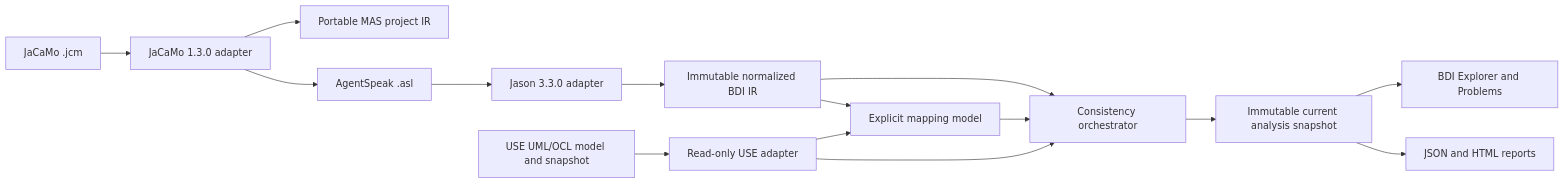
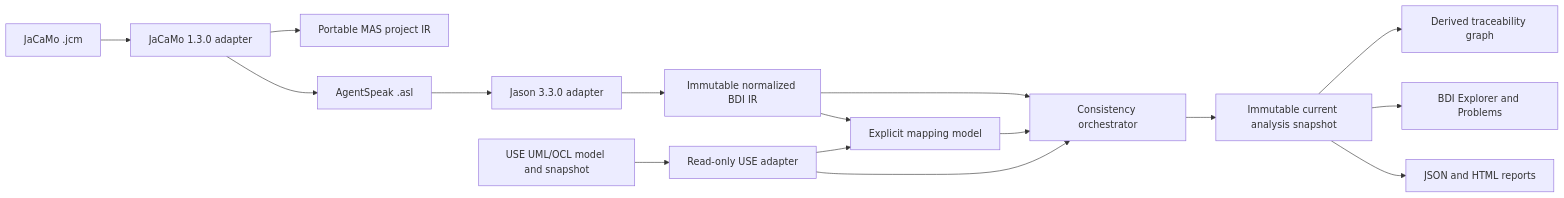
The diagram in docs/project/04_SYSTEM_ARCHITECTURE.md (nguyentrungnghia1802/USE_BDI_Plugin), drawn with Mermaid before and after one commit. The commit also changed other lines of this file and 14 other files, not shown here.

Commit message:
feat(traceability): derive portable issue evidence graph

````diff
--- a/docs/project/04_SYSTEM_ARCHITECTURE.md
+++ b/docs/project/04_SYSTEM_ARCHITECTURE.md
@@ -8,17 +8,18 @@
 ```mermaid
 flowchart LR
   JCM[JaCaMo .jcm] --> JP[JaCaMo 1.3.0 adapter]
   JP --> MAS[Portable MAS project IR]
   JP --> ASL
   ASL[AgentSpeak .asl] --> JA[Jason 3.3.0 adapter]
   JA --> IR[Immutable normalized BDI IR]
   USE[USE UML/OCL model and snapshot] --> UA[Read-only USE adapter]
   IR --> MAP[Explicit mapping model]
   UA --> MAP
   IR --> VAL[Consistency orchestrator]
   MAP --> VAL
   UA --> VAL
   VAL --> SNAP[Immutable current analysis snapshot]
+  SNAP --> TRACE[Derived traceability graph]
   SNAP --> GUI[BDI Explorer and Problems]
   SNAP --> REP[JSON and HTML reports]
 ```
````
